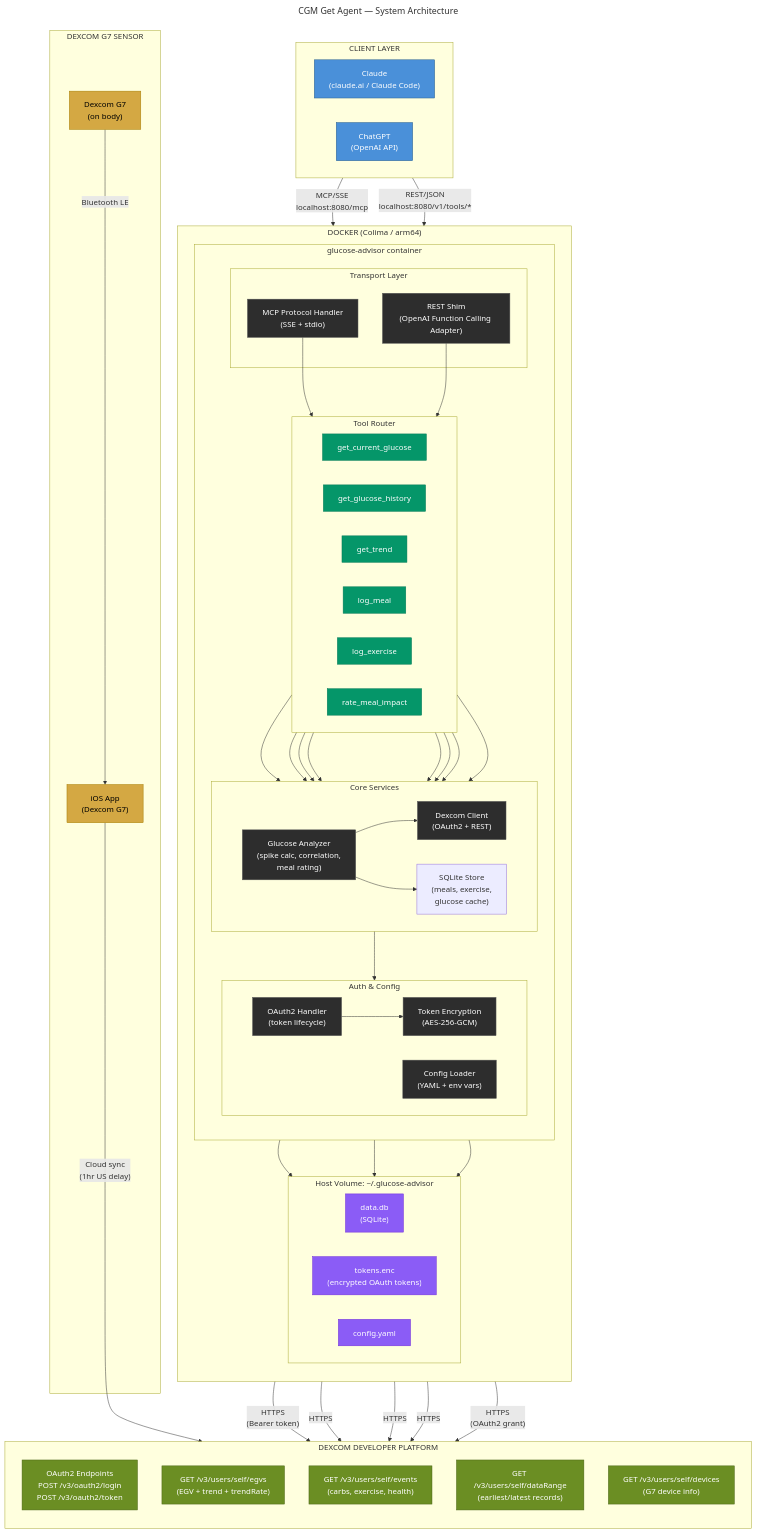
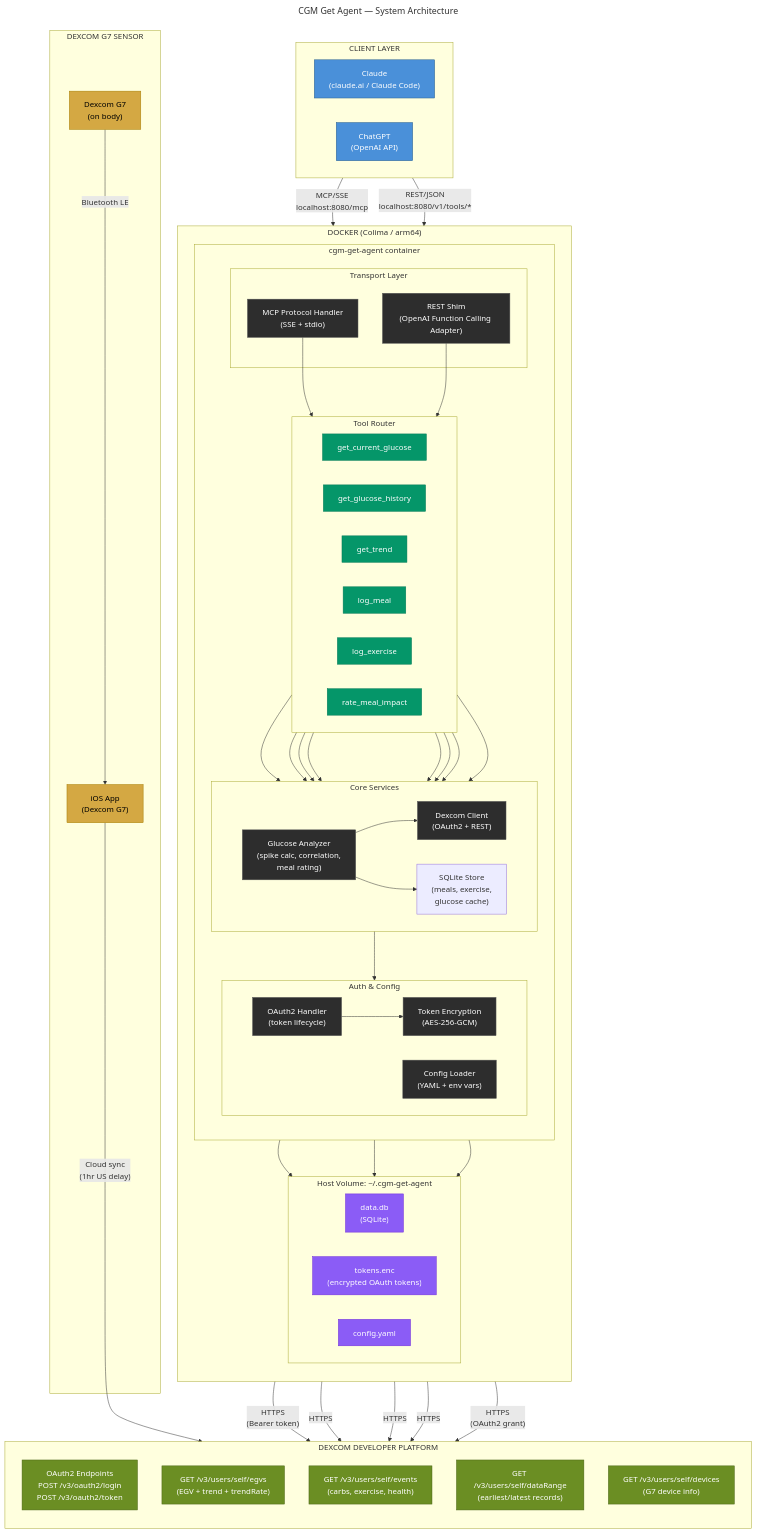
Before and after one commit to johnmartinez/cgm-get-agent: the diagram in docs/architecture.mermaid, drawn with Mermaid. The commit also changed 4 other files, not shown here.

First line of the commit message:
docs: rename glucose-advisor → cgm-get-agent; add CLAUDE.md and implementation plan

```diff
--- a/docs/architecture.mermaid
+++ b/docs/architecture.mermaid
@@ -1,120 +1,120 @@
 ---
 title: "CGM Get Agent — System Architecture"
 ---
 graph TB
     subgraph clients["CLIENT LAYER"]
         direction LR
         claude["Claude<br/>(claude.ai / Claude Code)"]
         chatgpt["ChatGPT<br/>(OpenAI API)"]
     end
 
     subgraph docker["DOCKER (Colima / arm64)"]
         direction TB
 
-        subgraph container["glucose-advisor container"]
+        subgraph container["cgm-get-agent container"]
             direction TB
 
             subgraph transport["Transport Layer"]
                 mcp_handler["MCP Protocol Handler<br/>(SSE + stdio)"]
                 rest_shim["REST Shim<br/>(OpenAI Function Calling Adapter)"]
             end
 
             subgraph router["Tool Router"]
                 direction LR
                 t1["get_current_glucose"]
                 t2["get_glucose_history"]
                 t3["get_trend"]
                 t4["log_meal"]
                 t5["log_exercise"]
                 t6["rate_meal_impact"]
             end
 
             subgraph core["Core Services"]
                 direction LR
                 dexcom_client["Dexcom Client<br/>(OAuth2 + REST)"]
                 analyzer["Glucose Analyzer<br/>(spike calc, correlation,<br/>meal rating)"]
                 store["SQLite Store<br/>(meals, exercise,<br/>glucose cache)"]
             end
 
             subgraph auth["Auth & Config"]
                 direction LR
                 oauth["OAuth2 Handler<br/>(token lifecycle)"]
                 config["Config Loader<br/>(YAML + env vars)"]
                 crypto["Token Encryption<br/>(AES-256-GCM)"]
             end
         end
 
-        subgraph volume["Host Volume: ~/.glucose-advisor"]
+        subgraph volume["Host Volume: ~/.cgm-get-agent"]
             direction LR
             db["data.db<br/>(SQLite)"]
             tokens["tokens.enc<br/>(encrypted OAuth tokens)"]
             cfg["config.yaml"]
         end
     end
 
     subgraph dexcom["DEXCOM DEVELOPER PLATFORM"]
         direction TB
         dex_auth["OAuth2 Endpoints<br/>POST /v3/oauth2/login<br/>POST /v3/oauth2/token"]
         dex_egvs["GET /v3/users/self/egvs<br/>(EGV + trend + trendRate)"]
         dex_events["GET /v3/users/self/events<br/>(carbs, exercise, health)"]
         dex_range["GET /v3/users/self/dataRange<br/>(earliest/latest records)"]
         dex_devices["GET /v3/users/self/devices<br/>(G7 device info)"]
     end
 
     subgraph cgm["DEXCOM G7 SENSOR"]
         g7["Dexcom G7<br/>(on body)"]
         phone["iOS App<br/>(Dexcom G7)"]
     end
 
     %% Client connections
     claude -->|"MCP/SSE<br/>localhost:8080/mcp"| mcp_handler
     chatgpt -->|"REST/JSON<br/>localhost:8080/v1/tools/*"| rest_shim
 
     %% Transport to router
     mcp_handler --> router
     rest_shim --> router
 
     %% Router to services
     t1 --> dexcom_client
     t2 --> dexcom_client
     t3 --> dexcom_client
     t4 --> store
     t5 --> store
     t6 --> dexcom_client
     t6 --> store
     t6 --> analyzer
 
     %% Core interconnections
     dexcom_client --> oauth
     oauth --> crypto
     crypto --> tokens
     store --> db
     config --> cfg
     analyzer --> store
     analyzer --> dexcom_client
 
     %% External connections
     dexcom_client -->|"HTTPS<br/>(Bearer token)"| dex_egvs
     dexcom_client -->|"HTTPS"| dex_events
     dexcom_client -->|"HTTPS"| dex_range
     dexcom_client -->|"HTTPS"| dex_devices
     oauth -->|"HTTPS<br/>(OAuth2 grant)"| dex_auth
 
     %% CGM data flow
     g7 -->|"Bluetooth LE"| phone
     phone -->|"Cloud sync<br/>(1hr US delay)"| dexcom
 
     %% Styling
     classDef clientNode fill:#4A90D9,stroke:#2C5F8A,color:#fff
     classDef containerNode fill:#2D2D2D,stroke:#555,color:#fff
     classDef dexcomNode fill:#6B8E23,stroke:#4A6316,color:#fff
     classDef cgmNode fill:#D4A843,stroke:#A67C00,color:#000
     classDef storageNode fill:#8B5CF6,stroke:#6D28D9,color:#fff
     classDef toolNode fill:#059669,stroke:#047857,color:#fff
 
     class claude,chatgpt clientNode
     class mcp_handler,rest_shim,dexcom_client,analyzer,oauth,config,crypto containerNode
     class dex_auth,dex_egvs,dex_events,dex_range,dex_devices dexcomNode
     class g7,phone cgmNode
     class db,tokens,cfg storageNode
     class t1,t2,t3,t4,t5,t6 toolNode
```
